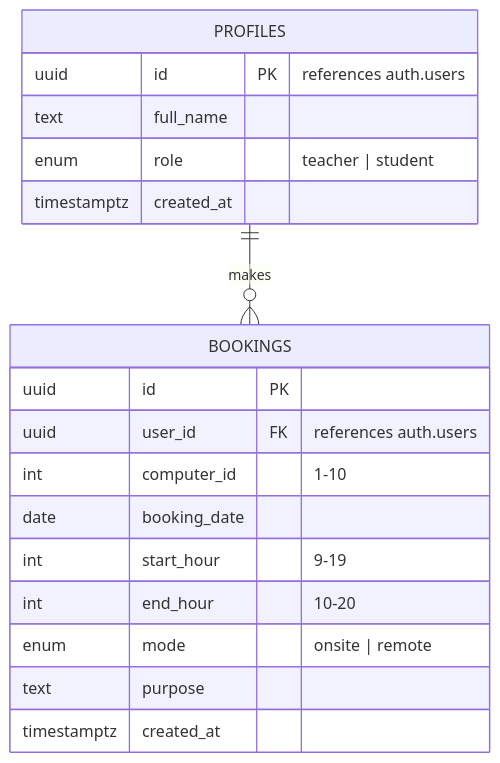
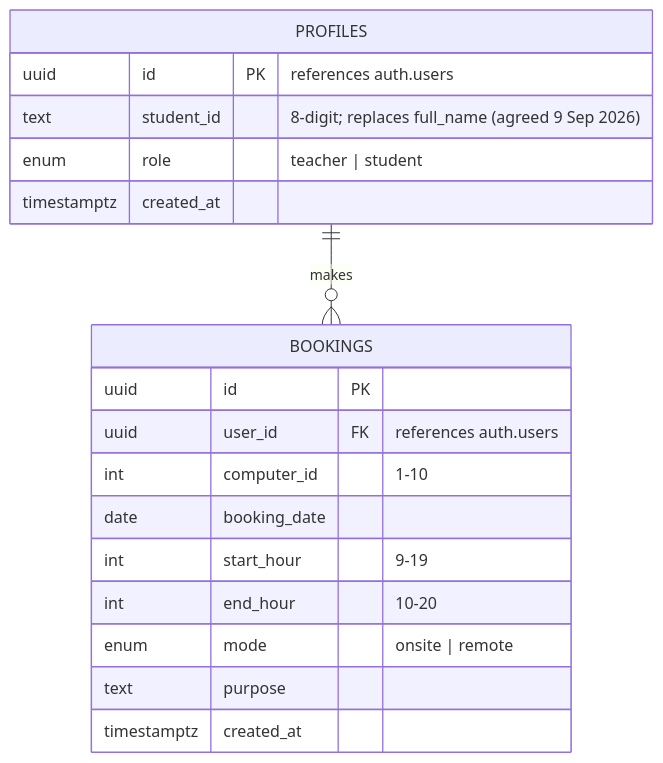
Before and after one commit to Leng201202/SE-Lab-Booking-System: the diagram in .docs/02-design/diagrams/03-er-diagram.md, drawn with Mermaid. The commit also changed other lines of this file and 9 other files, not shown here.

````diff
--- a/.docs/02-design/diagrams/03-er-diagram.md
+++ b/.docs/02-design/diagrams/03-er-diagram.md
@@ -5,21 +5,21 @@
 ```mermaid
 erDiagram
     PROFILES ||--o{ BOOKINGS : "makes"
     PROFILES {
         uuid id PK "references auth.users"
-        text full_name
+        text student_id "8-digit; replaces full_name (agreed 9 Sep 2026)"
         enum role "teacher | student"
         timestamptz created_at
     }
     BOOKINGS {
         uuid id PK
         uuid user_id FK "references auth.users"
         int computer_id "1-10"
         date booking_date
         int start_hour "9-19"
         int end_hour "10-20"
         enum mode "onsite | remote"
         text purpose
         timestamptz created_at
     }
 ```
````
